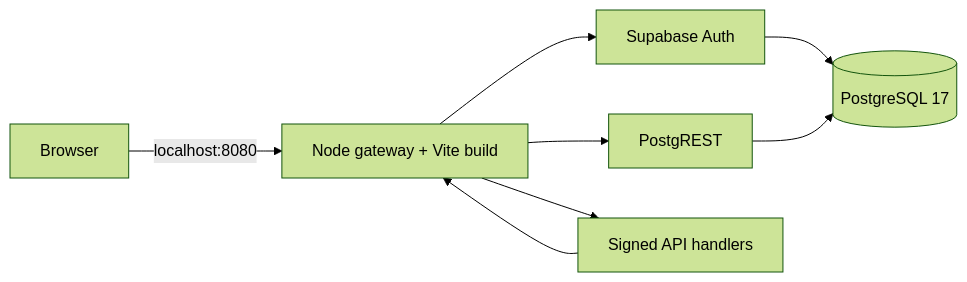
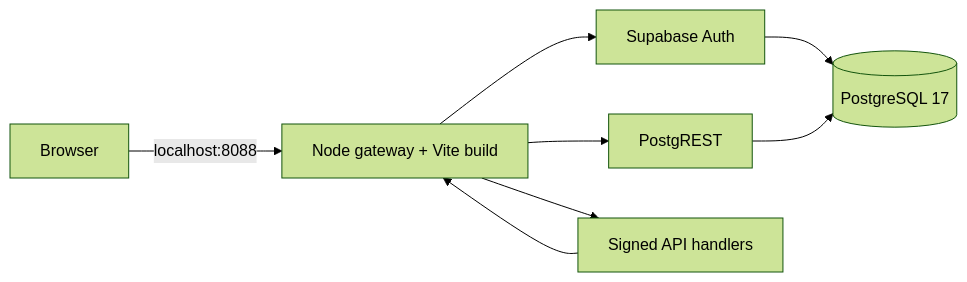
One commit to Maliq-dlt/Smart-Argo changed the diagram in README.md. Above: the diagram before and after it, drawn with Mermaid (forest theme). The commit also changed other lines of this file, not shown here.

````diff
--- a/README.md
+++ b/README.md
@@ -74,10 +78,10 @@
 ```mermaid
 flowchart LR
-    Browser[Browser] -->|localhost:8080| App[Node gateway + Vite build]
+    Browser[Browser] -->|localhost:8088| App[Node gateway + Vite build]
     App --> Auth[Supabase Auth]
     App --> REST[PostgREST]
     App --> Handlers[Signed API handlers]
     Handlers --> App
     Auth --> DB[(PostgreSQL 17)]
     REST --> DB
 ```
````
